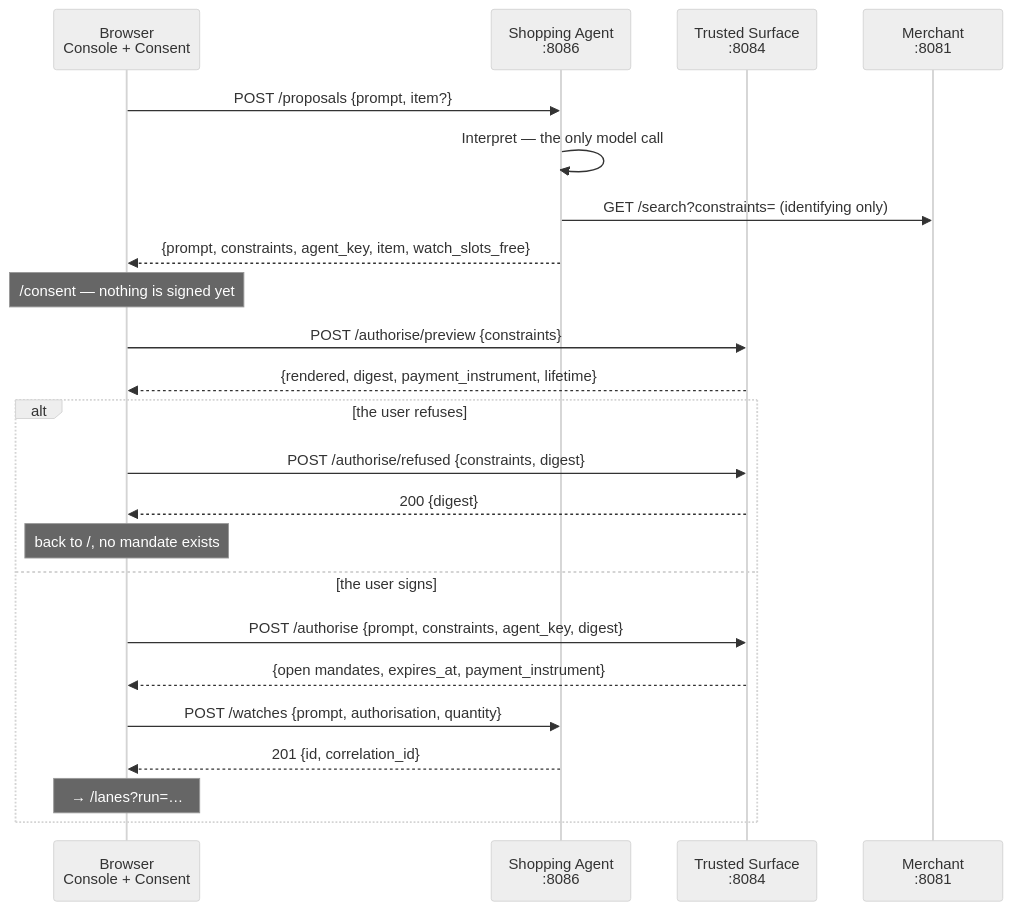
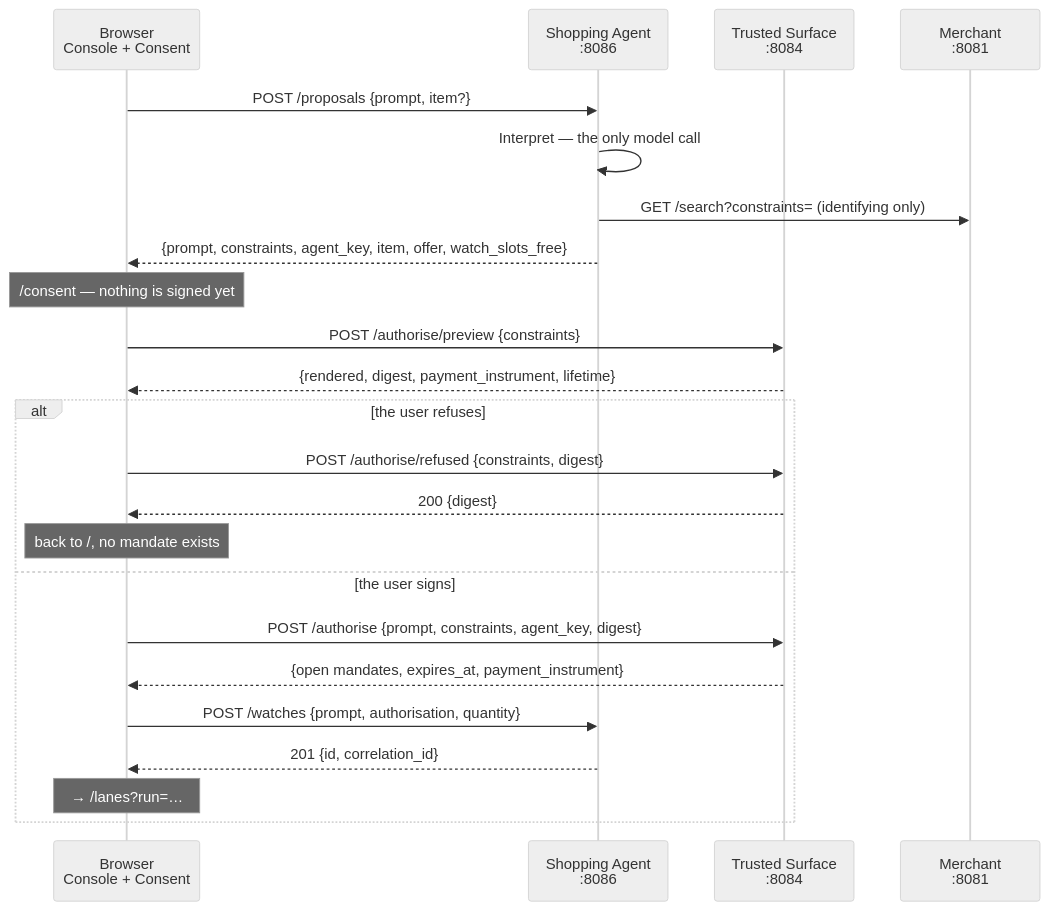
One commit to SkylinePlatform/agentic-payments changed the diagram in docs/specs/2026-08-10-trusted-surface-consent-design.md. Above: the diagram before and after it, drawn with Mermaid (neutral theme). The commit also changed other lines of this file, not shown here.

````diff
--- a/docs/specs/2026-08-10-trusted-surface-consent-design.md
+++ b/docs/specs/2026-08-10-trusted-surface-consent-design.md
@@ -34,28 +36,28 @@
 ```mermaid
 sequenceDiagram
     participant B as Browser<br/>Console + Consent
     participant A as Shopping Agent<br/>:8086
     participant S as Trusted Surface<br/>:8084
     participant M as Merchant<br/>:8081
 
     B->>A: POST /proposals {prompt, item?}
     A->>A: Interpret — the only model call
     A->>M: GET /search?constraints= (identifying only)
-    A-->>B: {prompt, constraints, agent_key, item, watch_slots_free}
+    A-->>B: {prompt, constraints, agent_key, item, offer, watch_slots_free}
 
     Note over B: /consent — nothing is signed yet
     B->>S: POST /authorise/preview {constraints}
     S-->>B: {rendered, digest, payment_instrument, lifetime}
 
     alt the user refuses
         B->>S: POST /authorise/refused {constraints, digest}
         S-->>B: 200 {digest}
         Note over B: back to /, no mandate exists
     else the user signs
         B->>S: POST /authorise {prompt, constraints, agent_key, digest}
         S-->>B: {open mandates, expires_at, payment_instrument}
         B->>A: POST /watches {prompt, authorisation, quantity}
         A-->>B: 201 {id, correlation_id}
         Note over B: → /lanes?run=…
     end
 ```
````
